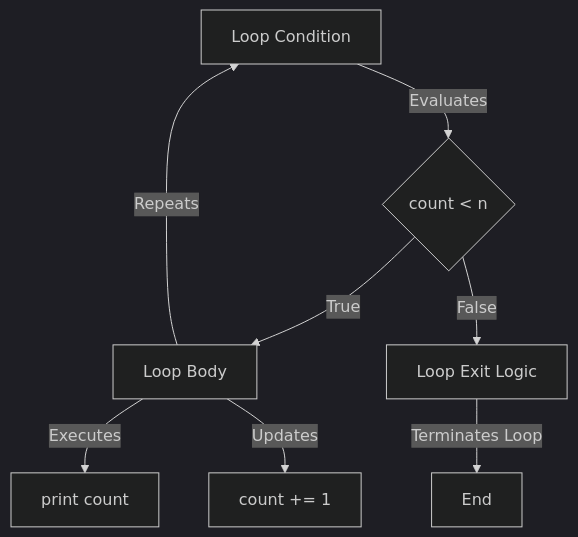
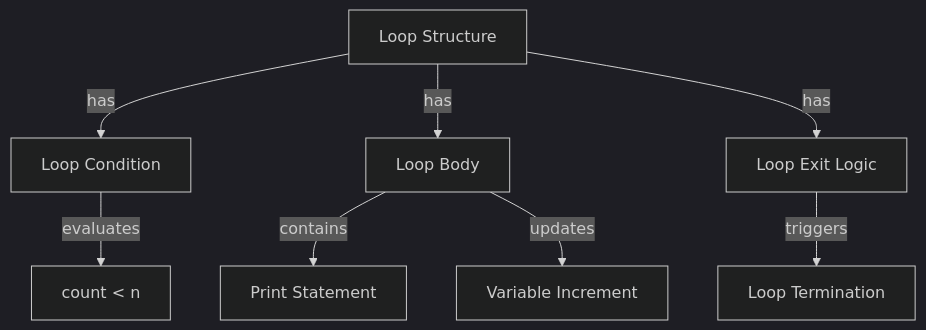
Before and after one commit to EaminC/Kexin-s-Group: the third of 4 diagrams in papers/README.md, drawn with Mermaid (dark theme).

````diff
--- a/papers/README.md
+++ b/papers/README.md
@@ -165,10 +165,11 @@
     ```mermaid
     graph TD
-      A[Loop Condition] -->|Evaluates| B{count < n}
-      B -->|True| C[Loop Body]
-      B -->|False| D[Loop Exit Logic]
-      C -->|Executes| E[print count]
-      C -->|Updates| F[count += 1]
-      C -->|Repeats| A
-      D -->|Terminates Loop| G[End]
+      Loop[Loop Structure] -->|has| Condition[Loop Condition]
+      Loop -->|has| Body[Loop Body]
+      Loop -->|has| Exit[Loop Exit Logic]
+    
+      Condition -->|evaluates| Expression[count < n]
+      Body -->|contains| Print[Print Statement]
+      Body -->|updates| Increment[Variable Increment]
+      Exit -->|triggers| Termination[Loop Termination]
     ```
````
